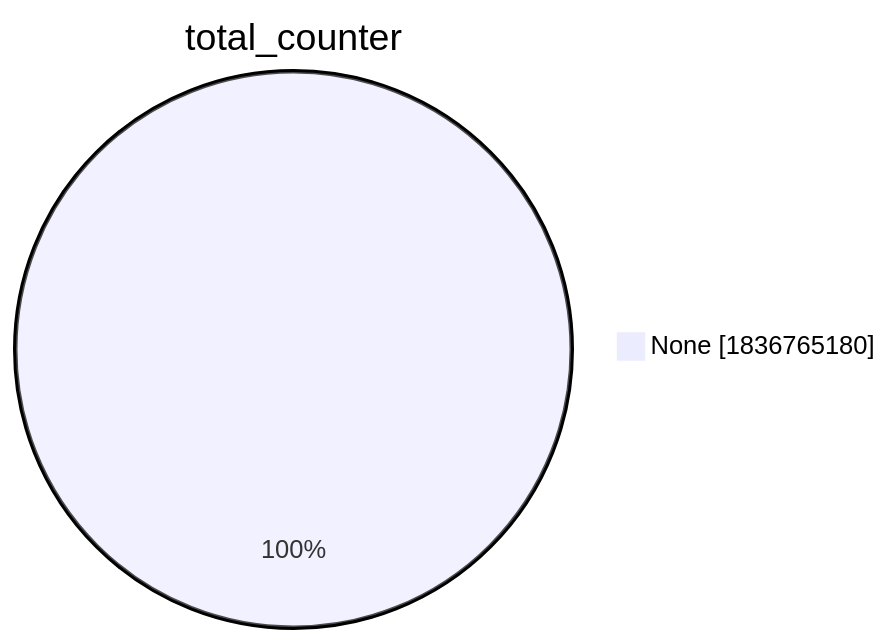
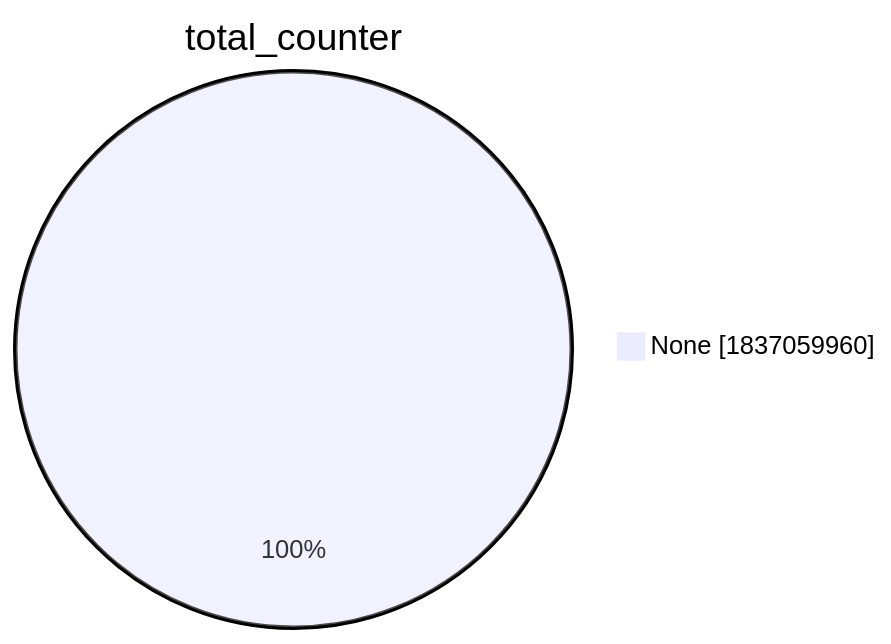
Before and after one commit to christiankrug/ctmonitor_visualization: the second of 15 diagrams in xenon2022/README.md, drawn with Mermaid. The commit also changed other lines of this file, not shown here.

````diff
--- a/xenon2022/README.md
+++ b/xenon2022/README.md
@@ -9,5 +9,5 @@
 ```mermaid
 pie showData
 title total_counter
-"None" :1836765180
+"None" :1837059960
 ```
````
